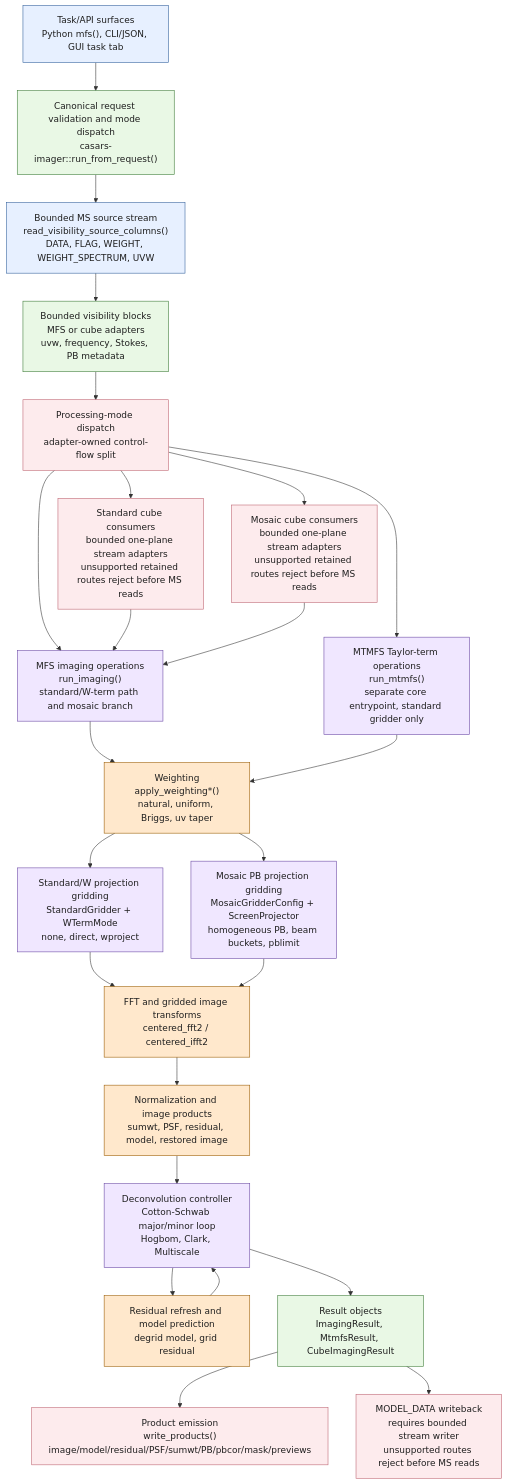
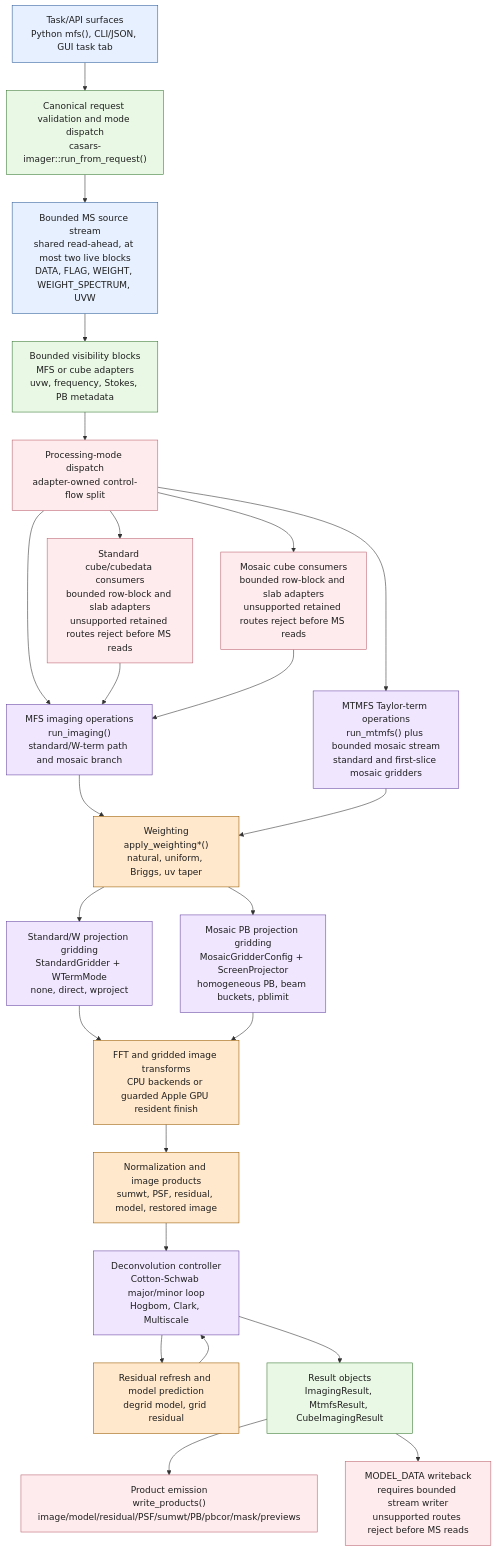
One commit to bglenden/casa-rs changed the second of 4 diagrams in docs/imaging-dataflow-comparison.md. Above: the diagram before and after it, drawn with Mermaid. The commit also changed other lines of this file and 7 other files, not shown here.

Commit message:
Refresh imaging performance architecture docs

````diff
--- a/docs/imaging-dataflow-comparison.md
+++ b/docs/imaging-dataflow-comparison.md
@@ -78,39 +78,39 @@
 ```mermaid
 flowchart TB
     surface["Task/API surfaces<br/>Python mfs(), CLI/JSON, GUI task tab"] --> runconfig["Canonical request validation and mode dispatch<br/>casars-imager::run_from_request()"]
-    runconfig --> readms["Bounded MS source stream<br/>read_visibility_source_columns()<br/>DATA, FLAG, WEIGHT, WEIGHT_SPECTRUM, UVW"]
+    runconfig --> readms["Bounded MS source stream<br/>shared read-ahead, at most two live blocks<br/>DATA, FLAG, WEIGHT, WEIGHT_SPECTRUM, UVW"]
     readms --> prep["Bounded visibility blocks<br/>MFS or cube adapters<br/>uvw, frequency, Stokes, PB metadata"]
     prep --> dispatch["Processing-mode dispatch<br/>adapter-owned control-flow split"]
 
     dispatch --> mfs["MFS imaging operations<br/>run_imaging()<br/>standard/W-term path and mosaic branch"]
-    dispatch --> mtmfs["MTMFS Taylor-term operations<br/>run_mtmfs()<br/>separate core entrypoint, standard gridder only"]
-    dispatch --> cube["Standard cube consumers<br/>bounded one-plane stream adapters<br/>unsupported retained routes reject before MS reads"]
-    dispatch --> mcube["Mosaic cube consumers<br/>bounded one-plane stream adapters<br/>unsupported retained routes reject before MS reads"]
+    dispatch --> mtmfs["MTMFS Taylor-term operations<br/>run_mtmfs() plus bounded mosaic stream<br/>standard and first-slice mosaic gridders"]
+    dispatch --> cube["Standard cube/cubedata consumers<br/>bounded row-block and slab adapters<br/>unsupported retained routes reject before MS reads"]
+    dispatch --> mcube["Mosaic cube consumers<br/>bounded row-block and slab adapters<br/>unsupported retained routes reject before MS reads"]
 
     cube --> mfs
     mcube --> mfs
     mfs --> weighting["Weighting<br/>apply_weighting*()<br/>natural, uniform, Briggs, uv taper"]
     mtmfs --> weighting
     weighting --> stdproj["Standard/W projection gridding<br/>StandardGridder + WTermMode<br/>none, direct, wproject"]
     weighting --> mosaicproj["Mosaic PB projection gridding<br/>MosaicGridderConfig + ScreenProjector<br/>homogeneous PB, beam buckets, pblimit"]
-    stdproj --> fft["FFT and gridded image transforms<br/>centered_fft2 / centered_ifft2"]
+    stdproj --> fft["FFT and gridded image transforms<br/>CPU backends or guarded Apple GPU resident finish"]
     mosaicproj --> fft
     fft --> normalize["Normalization and image products<br/>sumwt, PSF, residual, model, restored image"]
     normalize --> deconv["Deconvolution controller<br/>Cotton-Schwab major/minor loop<br/>Hogbom, Clark, Multiscale"]
     deconv --> refresh["Residual refresh and model prediction<br/>degrid model, grid residual"]
     refresh --> deconv
     deconv --> result["Result objects<br/>ImagingResult, MtmfsResult, CubeImagingResult"]
     result --> write["Product emission<br/>write_products()<br/>image/model/residual/PSF/sumwt/PB/pbcor/mask/previews"]
     result --> modelcol["MODEL_DATA writeback<br/>requires bounded stream writer<br/>unsupported routes reject before MS reads"]
 
     classDef io fill:#e7f0ff,stroke:#315f9b,color:#1f1f1f;
     classDef op fill:#e9f8e5,stroke:#3c7a36,color:#1f1f1f;
     classDef mode fill:#f0e7ff,stroke:#6846a3,color:#1f1f1f;
     classDef hot fill:#ffe8cc,stroke:#9a5b00,color:#1f1f1f;
     classDef pressure fill:#fdebed,stroke:#bd6370,color:#1f1f1f;
     class surface,readms,write,modelcol io;
     class runconfig,prep,result op;
     class mfs,mtmfs,cube,mcube,stdproj,mosaicproj,deconv mode;
     class weighting,fft,normalize,refresh hot;
     class dispatch,cube,mcube,modelcol,write pressure;
 ```
````
